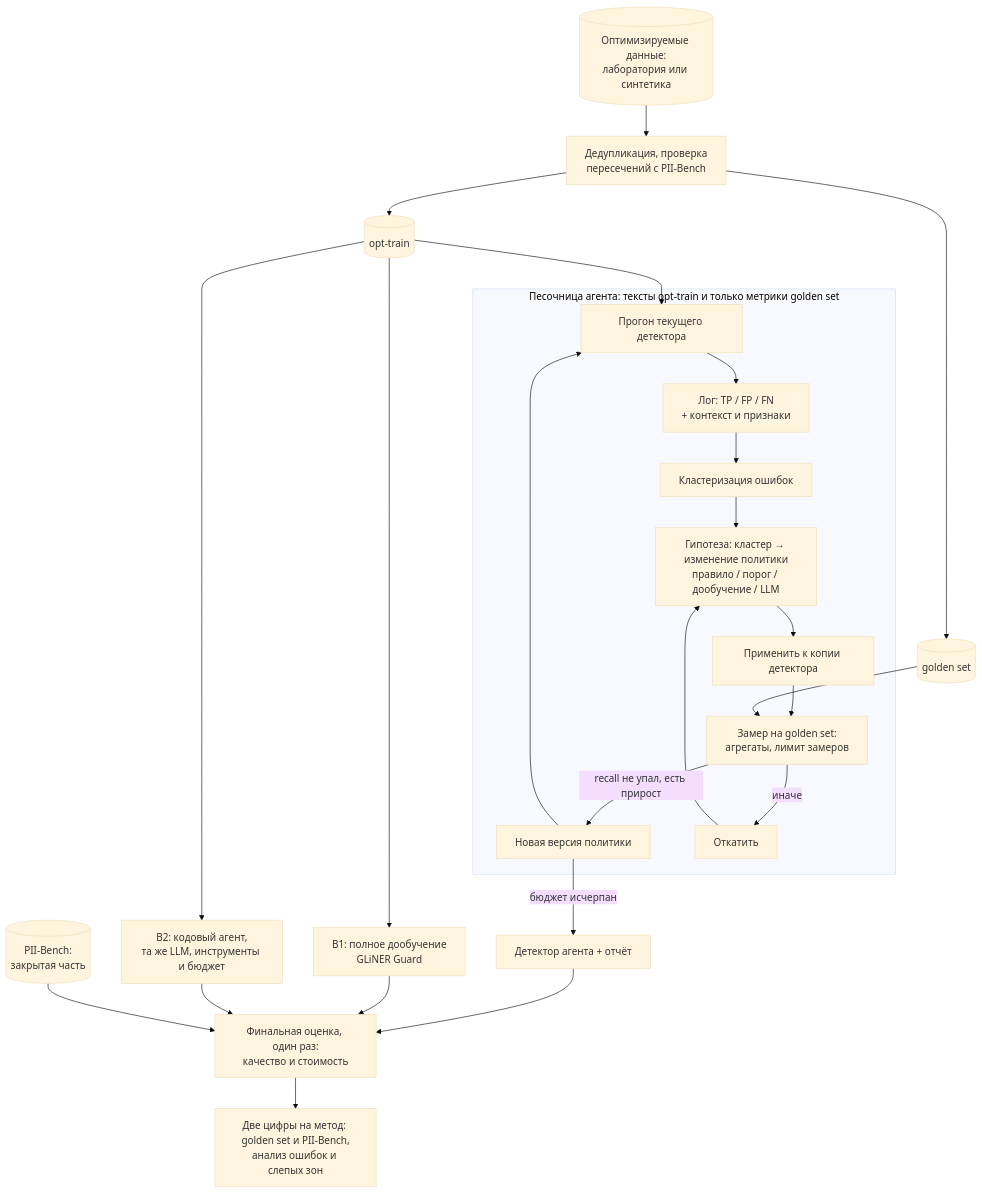
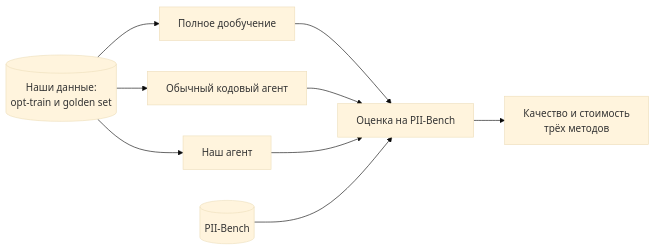
The third of 3 diagrams in docs/ml_system_design_doc.md (Bolshoipudel/MLSD_PII_AGENT), drawn with Mermaid (base theme) before and after one commit. The commit also changed other lines of this file, not shown here.

Commit message:
upd schemas

````diff
--- a/docs/ml_system_design_doc.md
+++ b/docs/ml_system_design_doc.md
@@ -229,30 +206,11 @@
 ```mermaid
-flowchart TD
-    SRC[("Оптимизируемые данные:<br/>лаборатория или синтетика")] --> DD["Дедупликация, проверка<br/>пересечений с PII-Bench"]
-    DD --> TR[("opt-train")]
-    DD --> VA[("golden set")]
-    PB[("PII-Bench:<br/>закрытая часть")]
-
-    subgraph SB["Песочница агента: тексты opt-train и только метрики golden set"]
-        RUN["Прогон текущего детектора"] --> LOG["Лог: TP / FP / FN<br/>+ контекст и признаки"]
-        LOG --> CL["Кластеризация ошибок"]
-        CL --> HY["Гипотеза: кластер → изменение политики<br/>правило / порог / дообучение / LLM"]
-        HY --> AP["Применить к копии детектора"]
-        AP --> ME["Замер на golden set:<br/>агрегаты, лимит замеров"]
-        ME -->|"recall не упал, есть прирост"| ACC["Новая версия политики"]
-        ME -->|"иначе"| RB["Откатить"]
-        RB --> HY
-        ACC --> RUN
-    end
-
-    TR --> RUN
-    VA --> ME
-    ACC -->|"бюджет исчерпан"| DA["Детектор агента + отчёт"]
-    TR --> B1["B1: полное дообучение<br/>GLiNER Guard"]
-    TR --> B2["B2: кодовый агент,<br/>та же LLM, инструменты и бюджет"]
-    DA --> FIN["Финальная оценка, один раз:<br/>качество и стоимость"]
-    B1 --> FIN
-    B2 --> FIN
-    PB --> FIN
-    FIN --> RES["Две цифры на метод: golden set и PII-Bench,<br/>анализ ошибок и слепых зон"]
+flowchart LR
+    D[("Наши данные:<br/>opt-train и golden set")] --> B1["Полное дообучение"]
+    D --> B2["Обычный кодовый агент"]
+    D --> A["Наш агент"]
+    B1 --> E["Оценка на PII-Bench"]
+    B2 --> E
+    A --> E
+    PB[("PII-Bench")] --> E
+    E --> R["Качество и стоимость<br/>трёх методов"]
 ```
````
